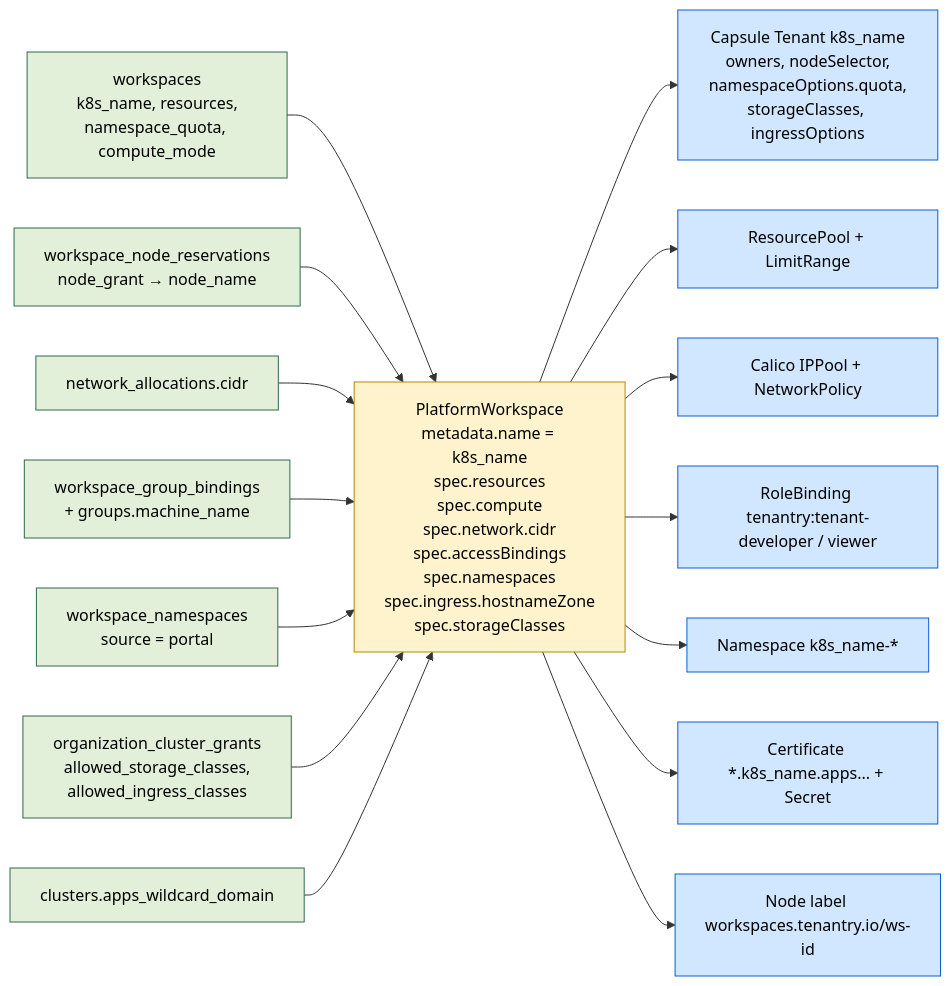
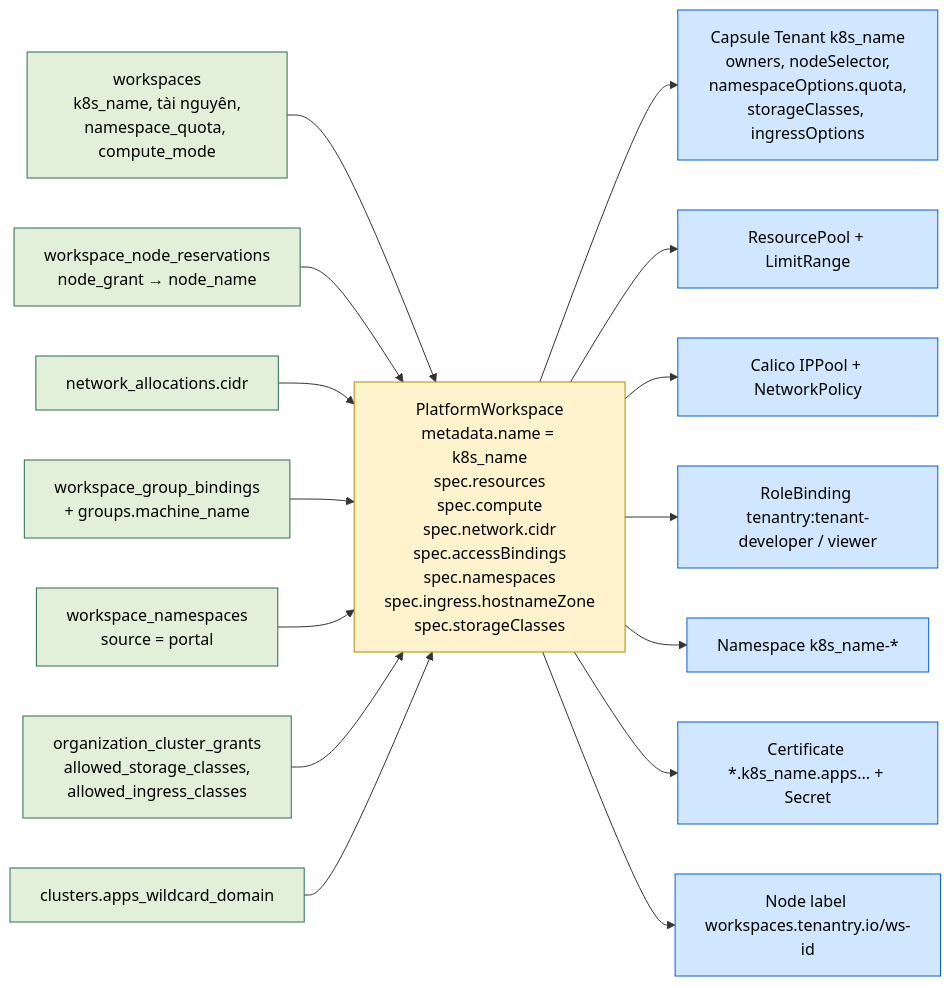
The fifth of 5 diagrams in docs/architecture/02-data-model.md (thaihoc1310/tenantry), drawn with Mermaid before and after one commit. The commit also changed other lines of this file and 12 other files, not shown here.

````diff
--- a/docs/architecture/02-data-model.md
+++ b/docs/architecture/02-data-model.md
@@ -359,39 +418,39 @@
 ```mermaid
 flowchart LR
   classDef db fill:#e2f0d9,stroke:#2d6a4f,color:#000
   classDef cr fill:#fff3cd,stroke:#b58900,color:#000
   classDef k8s fill:#d1e7ff,stroke:#0b5ed7,color:#000
 
-  W["workspaces<br/>k8s_name, resources,<br/>namespace_quota, compute_mode"]:::db
+  W["workspaces<br/>k8s_name, tài nguyên,<br/>namespace_quota, compute_mode"]:::db
   NR["workspace_node_reservations<br/>node_grant → node_name"]:::db
   NA["network_allocations.cidr"]:::db
   GB["workspace_group_bindings<br/>+ groups.machine_name"]:::db
   WN["workspace_namespaces<br/>source = portal"]:::db
   G["organization_cluster_grants<br/>allowed_storage_classes,<br/>allowed_ingress_classes"]:::db
   C["clusters.apps_wildcard_domain"]:::db
 
   CR["PlatformWorkspace<br/>metadata.name = k8s_name<br/>spec.resources<br/>spec.compute<br/>spec.network.cidr<br/>spec.accessBindings<br/>spec.namespaces<br/>spec.ingress.hostnameZone<br/>spec.storageClasses"]:::cr
 
   T["Capsule Tenant k8s_name<br/>owners, nodeSelector,<br/>namespaceOptions.quota,<br/>storageClasses, ingressOptions"]:::k8s
   RP["ResourcePool + LimitRange"]:::k8s
   IP["Calico IPPool + NetworkPolicy"]:::k8s
   RB["RoleBinding tenantry:tenant-developer / viewer"]:::k8s
   NS["Namespace k8s_name-*"]:::k8s
   CERT["Certificate *.k8s_name.apps... + Secret"]:::k8s
   NODE["Node label workspaces.tenantry.io/ws-id"]:::k8s
 
   W --> CR
   NR --> CR
   NA --> CR
   GB --> CR
   WN --> CR
   G --> CR
   C --> CR
   CR --> T
   CR --> RP
   CR --> IP
   CR --> RB
   CR --> NS
   CR --> CERT
   CR --> NODE
 ```
````
